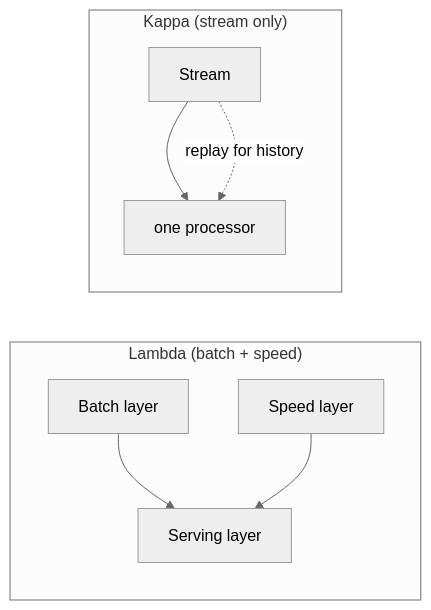
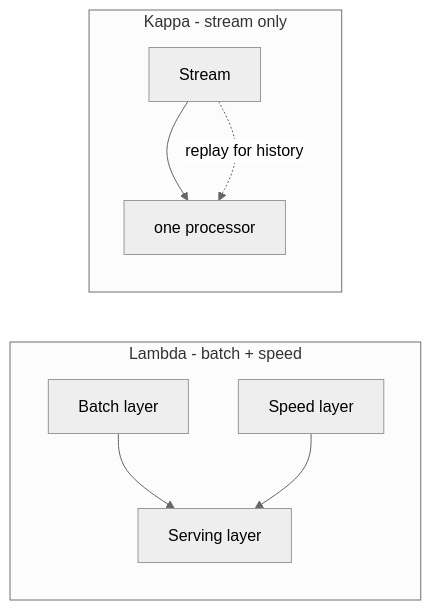
One commit to RIT-MESH/system-design-mastery changed the second of 2 diagrams in docs/05-architecture-patterns/05-cache-strategies.md. Above: the diagram before and after it, drawn with Mermaid (neutral theme). The commit also changed other lines of this file and 139 other files, not shown here.

First line of the commit message:
Fix Mermaid parse errors: replace parentheses in node labels across 140 files

````diff
--- a/docs/05-architecture-patterns/05-cache-strategies.md
+++ b/docs/05-architecture-patterns/05-cache-strategies.md
@@ -58,11 +58,11 @@
 ```mermaid
 %% created-for: system-design-mastery
 flowchart LR
-  subgraph Lambda["Lambda (batch + speed)"]
+  subgraph Lambda["Lambda - batch + speed"]
     B["Batch layer"] & S["Speed layer"] --> Serv["Serving layer"]
   end
-  subgraph Kappa["Kappa (stream only)"]
+  subgraph Kappa["Kappa - stream only"]
     St["Stream"] --> Proc["one processor"]
     St -.replay for history.-> Proc
   end
 ```
````
